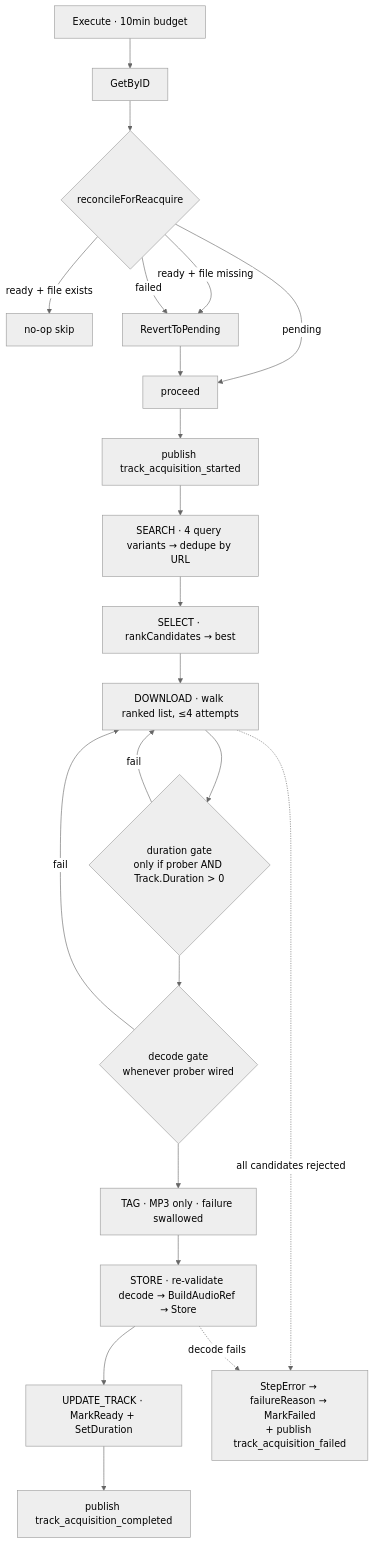
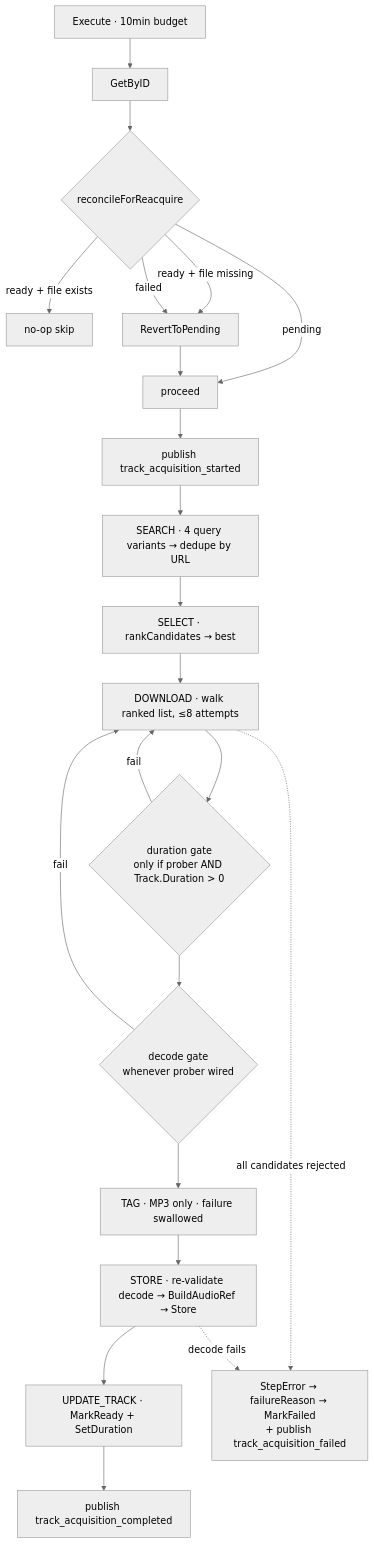
The second of 3 diagrams in services/go-api/internal/acquisition/ARCHITECTURE.md (aleburrascano/altune), drawn with Mermaid (neutral theme) before and after one commit. The commit also changed other lines of this file, not shown here.

First line of the commit message:
docs(acquisition): reconcile ARCHITECTURE.md with code (eval harness, maxVerifyAttempts, adapter list)

````diff
--- a/services/go-api/internal/acquisition/ARCHITECTURE.md
+++ b/services/go-api/internal/acquisition/ARCHITECTURE.md
@@ -200,25 +204,25 @@
 ```mermaid
 flowchart TD
     EX["Execute · 10min budget"] --> GET["GetByID"]
     GET --> REC{"reconcileForReacquire"}
     REC -->|"ready + file exists"| SKIP["no-op skip"]
     REC -->|"ready + file missing"| REV["RevertToPending"]
     REC -->|"failed"| REV
     REC -->|"pending"| GO["proceed"]
     REV --> GO
     GO --> EVS["publish track_acquisition_started"]
     EVS --> S1["SEARCH · 4 query variants → dedupe by URL"]
     S1 --> S2["SELECT · rankCandidates → best"]
-    S2 --> S3["DOWNLOAD · walk ranked list, ≤4 attempts"]
+    S2 --> S3["DOWNLOAD · walk ranked list, ≤8 attempts"]
     S3 --> G1{"duration gate<br/>only if prober AND Track.Duration > 0"}
     G1 -->|fail| S3
     G1 --> G2{"decode gate<br/>whenever prober wired"}
     G2 -->|fail| S3
     G2 --> S4["TAG · MP3 only · failure swallowed"]
     S4 --> S5["STORE · re-validate decode → BuildAudioRef → Store"]
     S5 --> S6["UPDATE_TRACK · MarkReady + SetDuration"]
     S6 --> OK["publish track_acquisition_completed"]
     S3 -.->|"all candidates rejected"| ERR
     S5 -.->|"decode fails"| ERR
     ERR["StepError → failureReason → MarkFailed<br/>+ publish track_acquisition_failed"]
 ```
````
